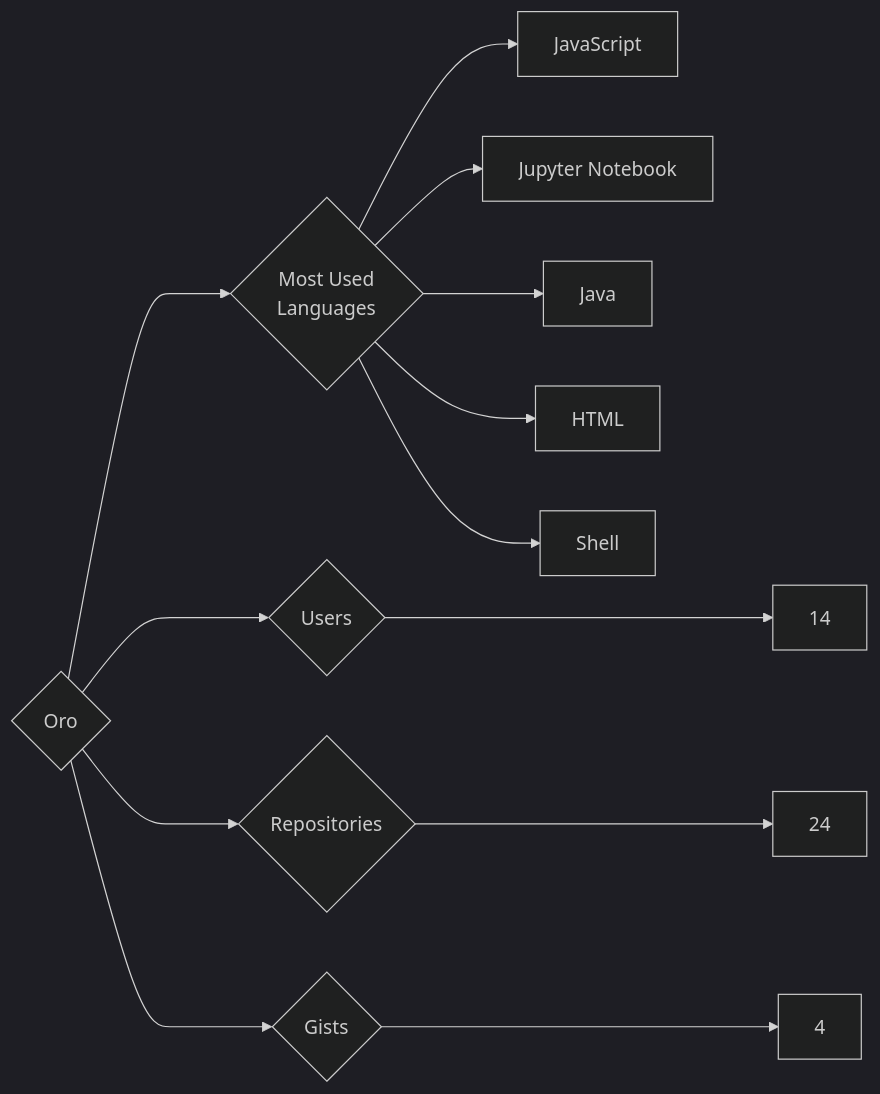
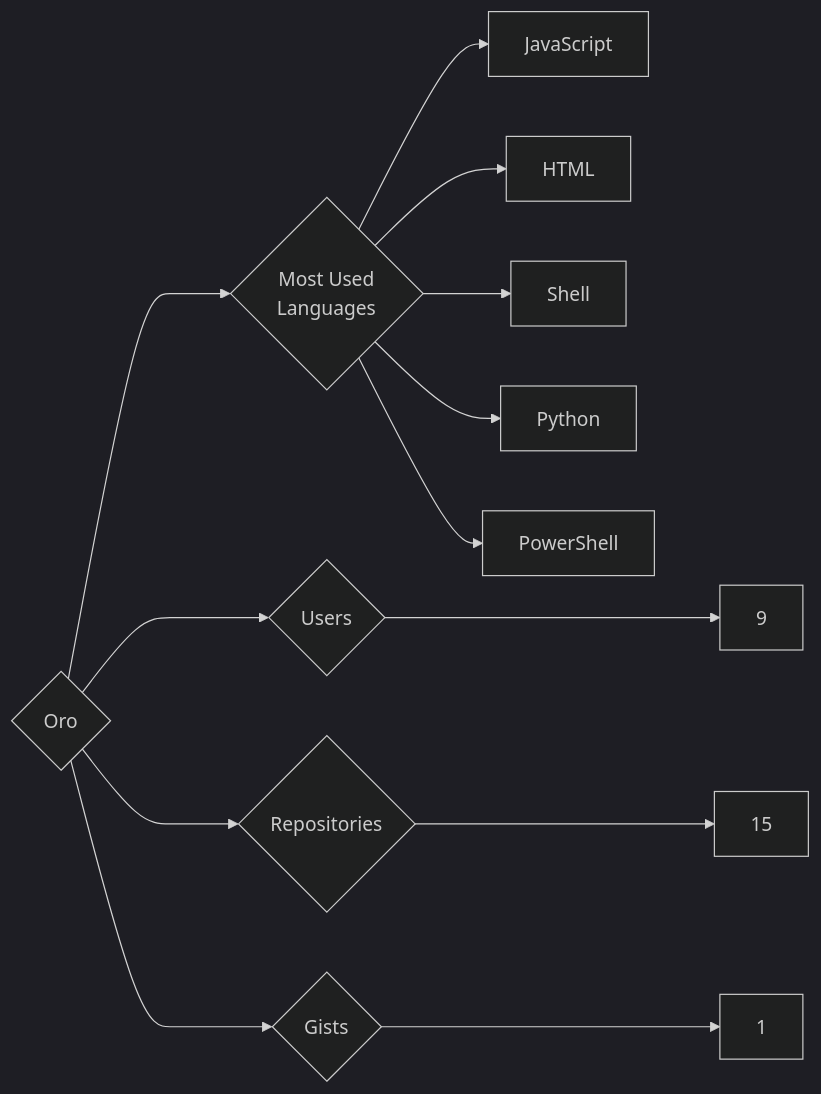
One commit to trickest/insiders changed the diagram in targets/Oro/README.md. Above: the diagram before and after it, drawn with Mermaid (dark theme). The commit also changed 1011 other files, not shown here.

````diff
--- a/targets/Oro/README.md
+++ b/targets/Oro/README.md
@@ -3,13 +3,13 @@
 ```mermaid
 graph LR
 COMPANY_NAME{Oro}
-COMPANY_NAME ---> U{Users} ---> UN[14]
-COMPANY_NAME ---> R{Repositories} ---> RN[24]
-COMPANY_NAME ---> G{Gists} ---> GN[4]
+COMPANY_NAME ---> U{Users} ---> UN[9]
+COMPANY_NAME ---> R{Repositories} ---> RN[15]
+COMPANY_NAME ---> G{Gists} ---> GN[1]
 COMPANY_NAME ---> ML{Most Used<br>Languages}
 ML --> JavaScript[JavaScript]
-ML --> Jupyter_Notebook[Jupyter Notebook]
-ML --> Java[Java]
 ML --> HTML[HTML]
 ML --> Shell[Shell]
+ML --> Python[Python]
+ML --> PowerShell[PowerShell]
 ```
````
